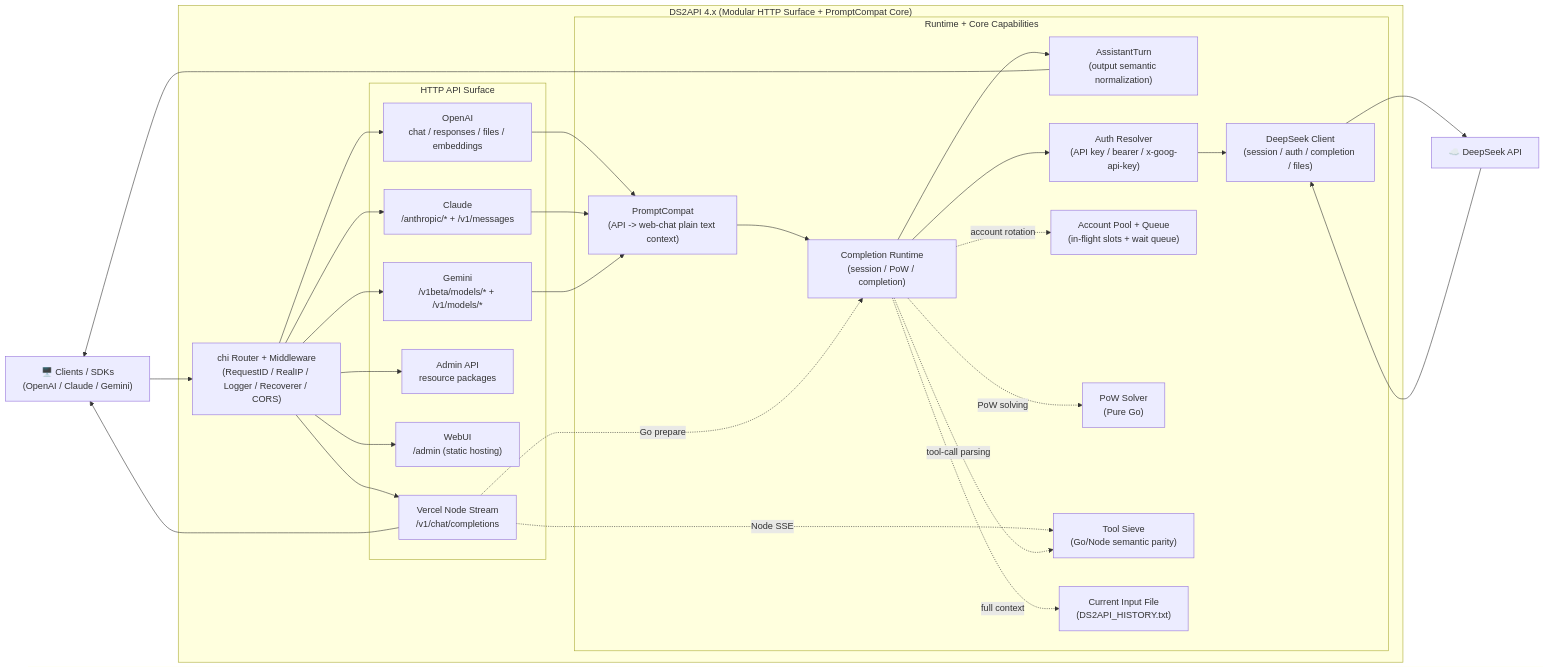
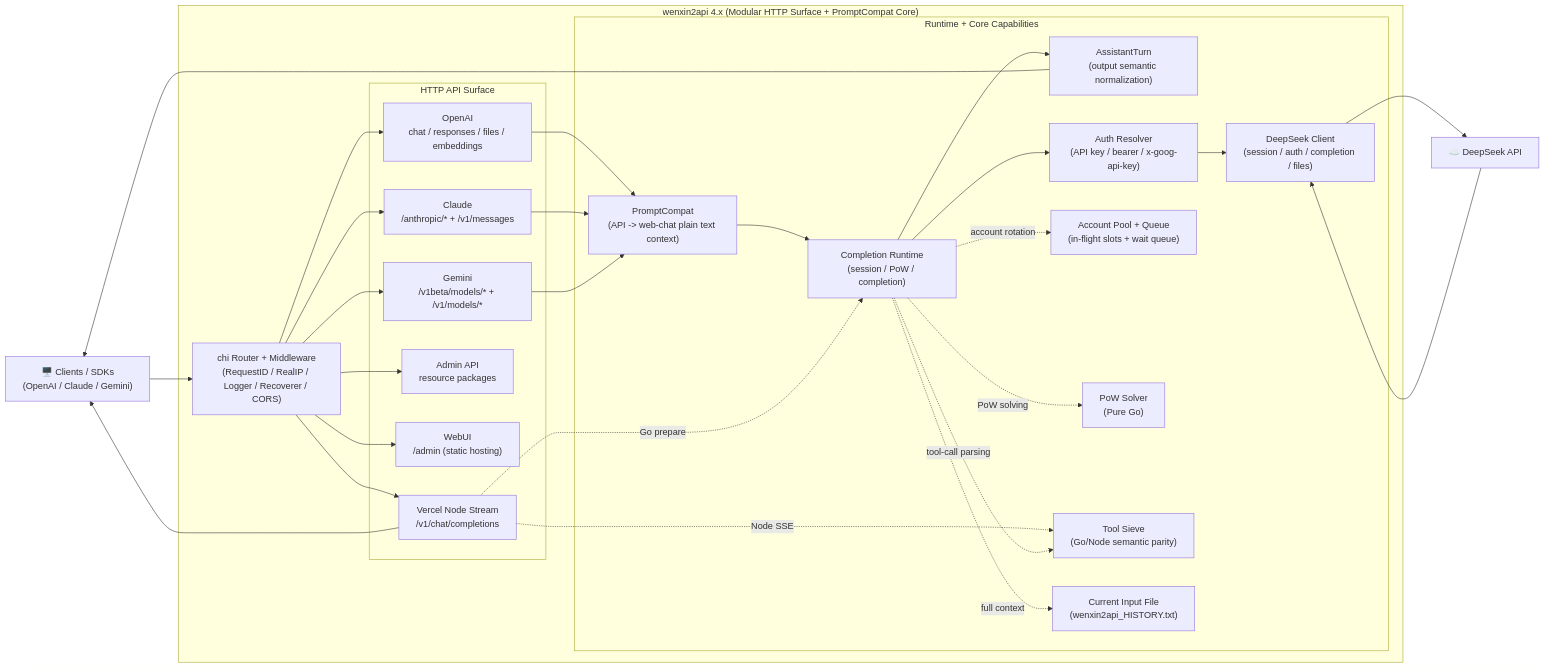
The diagram in README.en.md (dijiaozhibei-top/wenxin2api), drawn with Mermaid before and after one commit. The commit also changed other lines of this file and 96 other files, not shown here.

Commit message:
docs: replace DS2API with wenxin2api in all documentation and UI

````diff
--- a/README.en.md
+++ b/README.en.md
@@ -67,53 +67,53 @@
 ```mermaid
 flowchart LR
     Client["🖥️ Clients / SDKs\n(OpenAI / Claude / Gemini)"]
     Upstream["☁️ DeepSeek API"]
 
-    subgraph DS2API["DS2API 4.x (Modular HTTP Surface + PromptCompat Core)"]
+    subgraph wenxin2api["wenxin2api 4.x (Modular HTTP Surface + PromptCompat Core)"]
         Router["chi Router + Middleware\n(RequestID / RealIP / Logger / Recoverer / CORS)"]
 
         subgraph HTTP["HTTP API Surface"]
             OA["OpenAI\nchat / responses / files / embeddings"]
             CA["Claude\n/anthropic/* + /v1/messages"]
             GA["Gemini\n/v1beta/models/* + /v1/models/*"]
             Admin["Admin API\nresource packages"]
             WebUI["WebUI\n/admin (static hosting)"]
             Vercel["Vercel Node Stream\n/v1/chat/completions"]
         end
 
         subgraph Runtime["Runtime + Core Capabilities"]
             Compat["PromptCompat\n(API -> web-chat plain text context)"]
             Completion["Completion Runtime\n(session / PoW / completion)"]
             Turn["AssistantTurn\n(output semantic normalization)"]
             Auth["Auth Resolver\n(API key / bearer / x-goog-api-key)"]
             Pool["Account Pool + Queue\n(in-flight slots + wait queue)"]
             DSClient["DeepSeek Client\n(session / auth / completion / files)"]
             Pow["PoW Solver\n(Pure Go)"]
             Tool["Tool Sieve\n(Go/Node semantic parity)"]
-            History["Current Input File\n(DS2API_HISTORY.txt)"]
+            History["Current Input File\n(wenxin2api_HISTORY.txt)"]
         end
     end
 
     Client --> Router
     Router --> OA & CA & GA
     Router --> Admin
     Router --> WebUI
     Router --> Vercel
 
     OA --> Compat
     CA & GA --> Compat
     Compat --> Completion
     Completion -.full context.-> History
     Completion --> Turn
     Vercel -.Go prepare.-> Completion
     Vercel -.Node SSE.-> Tool
     Completion --> Auth
     Completion -.account rotation.-> Pool
     Completion -.tool-call parsing.-> Tool
     Completion -.PoW solving.-> Pow
     Auth --> DSClient
     DSClient --> Upstream
     Upstream --> DSClient
     Turn --> Client
     Vercel --> Client
 ```
````
